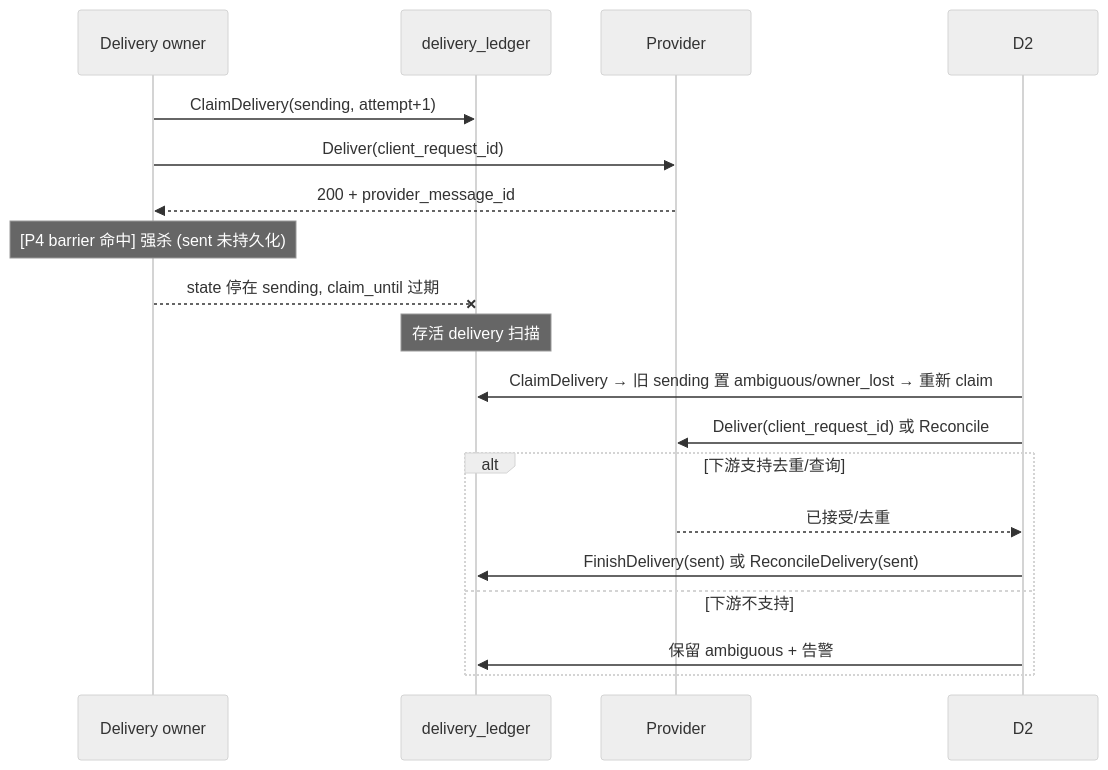
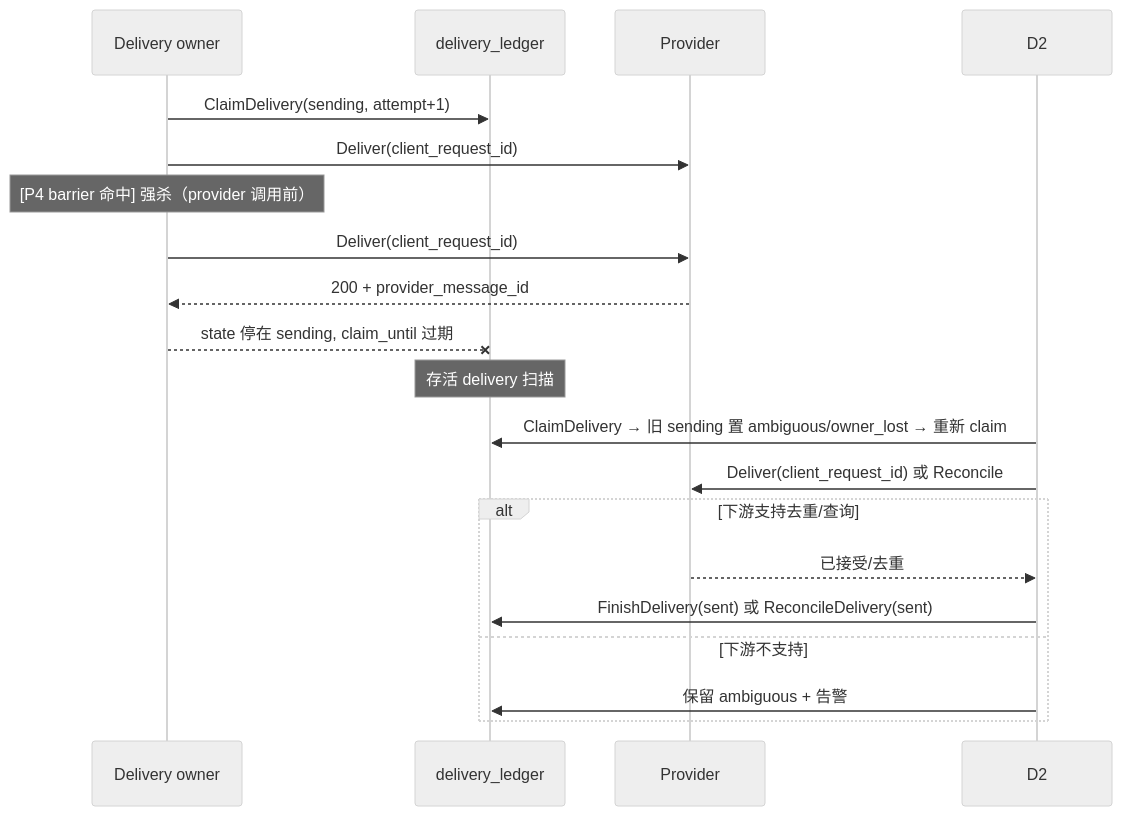
The third of 3 diagrams in docs/feature/reliability-failover/inflight-task-takeover/design.md (everfid-ever/trpc-agent-service-everfid), drawn with Mermaid (neutral theme) before and after one commit. The commit also changed other lines of this file and 30 other files, not shown here.

````diff
--- a/docs/feature/reliability-failover/inflight-task-takeover/design.md
+++ b/docs/feature/reliability-failover/inflight-task-takeover/design.md
@@ -227,21 +227,22 @@
 ```mermaid
 sequenceDiagram
     participant D as Delivery owner
     participant L as delivery_ledger
     participant P as Provider
 
     D->>L: ClaimDelivery(sending, attempt+1)
     D->>P: Deliver(client_request_id)
+    Note over D: [P4 barrier 命中] 强杀（provider 调用前）
+    D->>P: Deliver(client_request_id)
     P-->>D: 200 + provider_message_id
-    Note over D: [P4 barrier 命中] 强杀 (sent 未持久化)
     D--xL: state 停在 sending, claim_until 过期
     Note over L: 存活 delivery 扫描
     D2->>L: ClaimDelivery → 旧 sending 置 ambiguous/owner_lost → 重新 claim
     D2->>P: Deliver(client_request_id) 或 Reconcile
     alt 下游支持去重/查询
         P-->>D2: 已接受/去重
         D2->>L: FinishDelivery(sent) 或 ReconcileDelivery(sent)
     else 下游不支持
         D2->>L: 保留 ambiguous + 告警
     end
 ```
````
